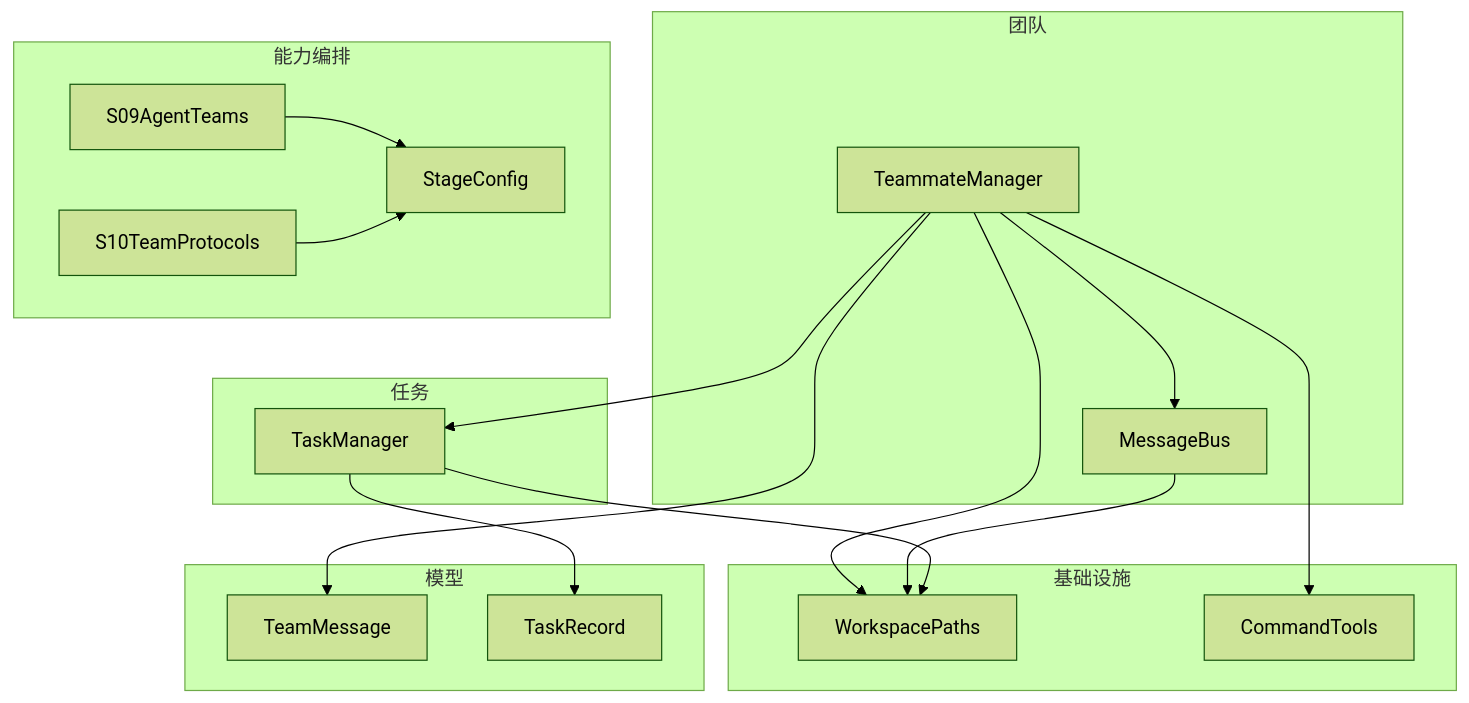
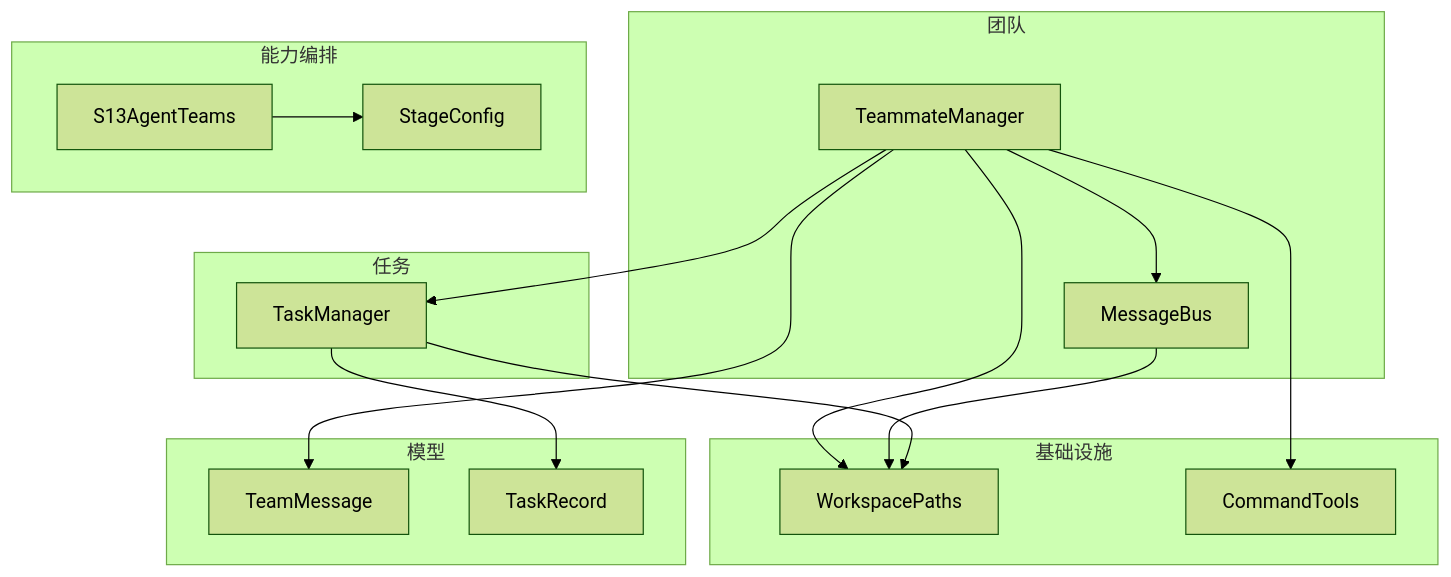
The first of 6 diagrams in .qoder/repowiki/zh/content/团队协作系统/团队成员管理.md (chenlds1994/learn-claude-code-java), drawn with Mermaid (forest theme) before and after one commit. The commit also changed other lines of this file and 143 other files, not shown here.

First line of the commit message:
更新 repowiki 与 drawio 教程图至 17 阶段结构

````diff
--- a/.qoder/repowiki/zh/content/团队协作系统/团队成员管理.md
+++ b/.qoder/repowiki/zh/content/团队协作系统/团队成员管理.md
@@ -41,33 +40,31 @@
 ```mermaid
 graph TB
 subgraph "团队"
 TM["TeammateManager"]
 MB["MessageBus"]
 end
 subgraph "任务"
 TKM["TaskManager"]
 end
 subgraph "能力编排"
 SC["StageConfig"]
-S09["S09AgentTeams"]
-S10["S10TeamProtocols"]
+S13["S13AgentTeams"]
 end
 subgraph "基础设施"
 WP["WorkspacePaths"]
 CT["CommandTools"]
 end
 subgraph "模型"
 TMsg["TeamMessage"]
 TRec["TaskRecord"]
 end
-S09 --> SC
-S10 --> SC
+S13 --> SC
 TM --> MB
 TM --> TKM
 TM --> CT
 TM --> WP
 MB --> WP
 TKM --> WP
 TM --> TMsg
 TKM --> TRec
 ```
````
